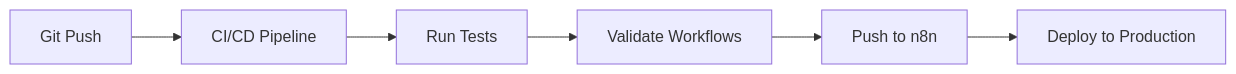
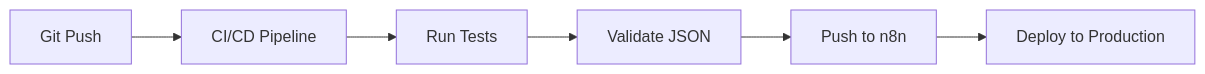
The second of 2 diagrams in docs/docs/usage/index.md (EtienneLescot/n8n-as-code), drawn with Mermaid before and after one commit. The commit also changed other lines of this file and 3 other files, not shown here.

````diff
--- a/docs/docs/usage/index.md
+++ b/docs/docs/usage/index.md
@@ -53,8 +53,8 @@
 ```mermaid
 graph LR
     A[Git Push] --> B[CI/CD Pipeline]
     B --> C[Run Tests]
-    C --> D[Validate Workflows]
+    C --> D[Validate JSON]
     D --> E[Push to n8n]
     E --> F[Deploy to Production]
 ```
````
